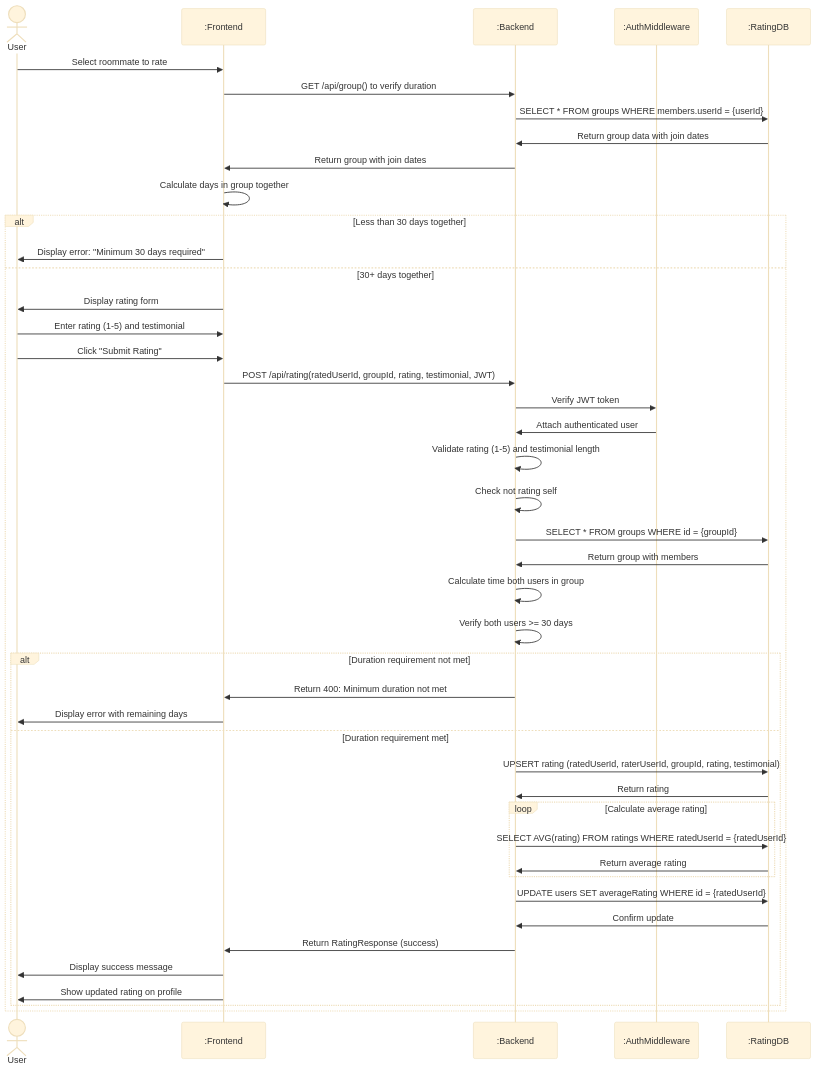
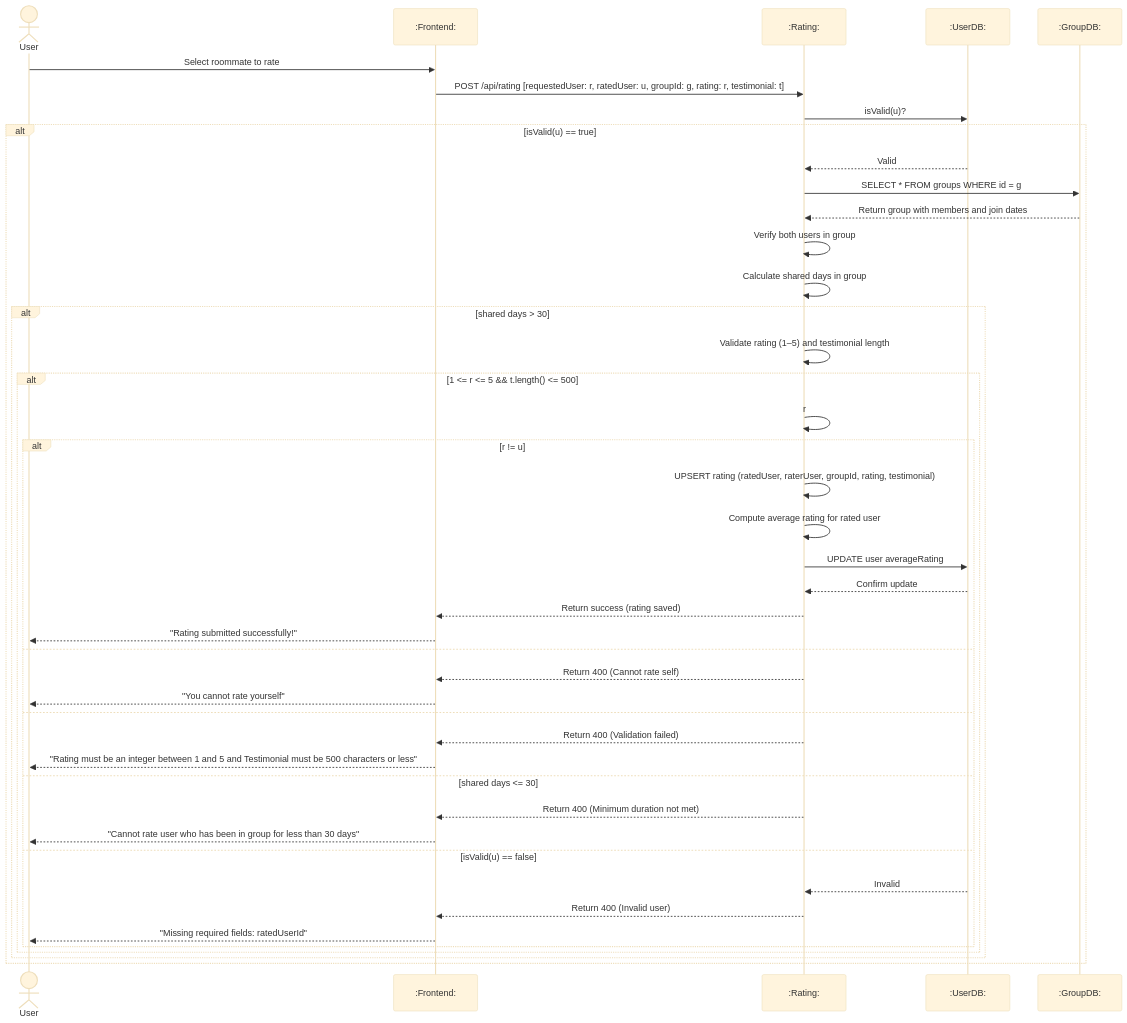
One commit to Lucas-Song-Dev/Cpen321-group-project changed the fourth of 4 diagrams in documentation/Requirements_and_Design.md. Above: the diagram before and after it, drawn with Mermaid (base theme). The commit also changed other lines of this file, not shown here.

````diff
--- a/documentation/Requirements_and_Design.md
+++ b/documentation/Requirements_and_Design.md
@@ -714,47 +714,51 @@
 ```mermaid
 sequenceDiagram
     actor User
-    participant F as :Frontend
-    participant B as :Backend
-    participant M as :AuthMiddleware
-    participant D as :RatingDB
+    participant F as :Frontend:
+    participant R as :Rating:
+    participant U as :UserDB:
+    participant G as :GroupDB:
 
     User->>F: Select roommate to rate
-    F->>B: GET /api/group() to verify duration
-    B->>D: SELECT * FROM groups WHERE members.userId = {userId}
-    D->>B: Return group data with join dates
-    B->>F: Return group with join dates
-    F->>F: Calculate days in group together
-    alt Less than 30 days together
-        F->>User: Display error: "Minimum 30 days required"
-    else 30+ days together
-        F->>User: Display rating form
-        User->>F: Enter rating (1-5) and testimonial
-        User->>F: Click "Submit Rating"
-        F->>B: POST /api/rating(ratedUserId, groupId, rating, testimonial, JWT)
-        B->>M: Verify JWT token
-        M->>B: Attach authenticated user
-        B->>B: Validate rating (1-5) and testimonial length
-        B->>B: Check not rating self
-        B->>D: SELECT * FROM groups WHERE id = {groupId}
-        D->>B: Return group with members
-        B->>B: Calculate time both users in group
-        B->>B: Verify both users >= 30 days
-        alt Duration requirement not met
-            B->>F: Return 400: Minimum duration not met
-            F->>User: Display error with remaining days
-        else Duration requirement met
-            B->>D: UPSERT rating (ratedUserId, raterUserId, groupId, rating, testimonial)
-            D->>B: Return rating
-            loop Calculate average rating
-                B->>D: SELECT AVG(rating) FROM ratings WHERE ratedUserId = {ratedUserId}
-                D->>B: Return average rating
+    F->>R: POST /api/rating [requestedUser: r, ratedUser: u, groupId: g, rating: r, testimonial: t]
+
+    %% Backend validation
+    R->>U: isValid(u)?
+    alt isValid(u) == true
+        U-->>R: Valid
+
+        %% Check both users in group
+        R->>G: SELECT * FROM groups WHERE id = g
+        G-->>R: Return group with members and join dates
+
+        R->>R: Verify both users in group
+        R->>R: Calculate shared days in group
+        alt shared days > 30
+            R->>R: Validate rating (1–5) and testimonial length
+            alt 1 <= r <= 5 && t.length() <= 500
+                R->>R: r
+                alt r != u
+                    R->>R: UPSERT rating (ratedUser, raterUser, groupId, rating, testimonial)
+                    R->>R: Compute average rating for rated user
+                    R->>U: UPDATE user averageRating
+                    U-->>R: Confirm update
+                    R-->>F: Return success (rating saved)
+                    F-->>User: "Rating submitted successfully!"
+                else 
+                    R-->>F: Return 400 (Cannot rate self)
+                    F-->>User: "You cannot rate yourself"
+            else 
+                R-->>F: Return 400 (Validation failed)
+                F-->>User: "Rating must be an integer between 1 and 5 and Testimonial must be 500 characters or less"
+        else shared days <= 30
+            R-->>F: Return 400 (Minimum duration not met)
+            F-->>User: "Cannot rate user who has been in group for less than 30 days"
+    else isValid(u) == false
+        U-->>R: Invalid
+        R-->>F: Return 400 (Invalid user)
+        F-->>User: "Missing required fields: ratedUserId"
+                end
             end
-            B->>D: UPDATE users SET averageRating WHERE id = {ratedUserId}
-            D->>B: Confirm update
-            B->>F: Return RatingResponse (success)
-            F->>User: Display success message
-            F->>User: Show updated rating on profile
         end
     end
 ```
````
